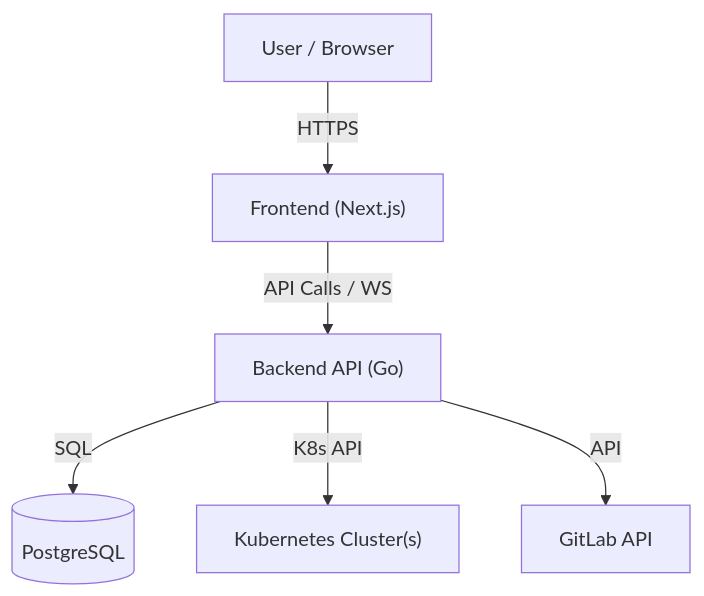
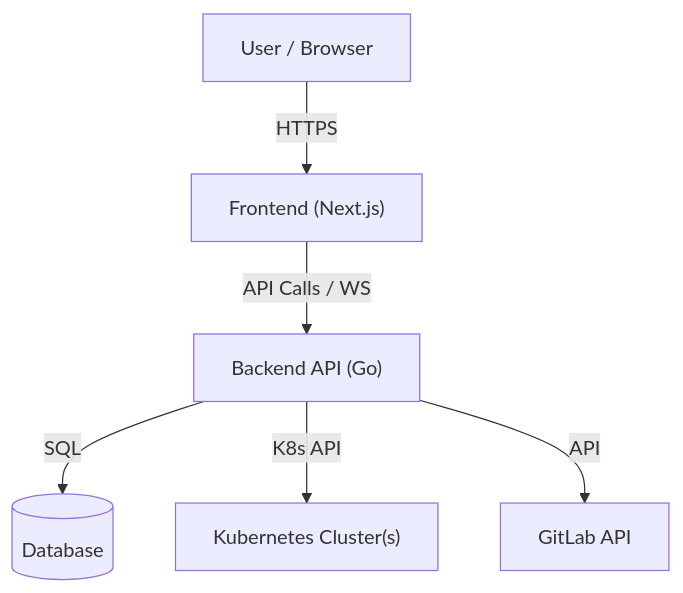
One commit to pixelvide/cloud-sentinel-k8s changed the diagram in ARCHITECTURE.md. Above: the diagram before and after it, drawn with Mermaid. The commit also changed other lines of this file and 25 other files, not shown here.

````diff
--- a/ARCHITECTURE.md
+++ b/ARCHITECTURE.md
@@ -13,8 +13,8 @@
 ```mermaid
 graph TD
     User["User / Browser"] -->|HTTPS| Frontend["Frontend (Next.js)"]
     Frontend -->|API Calls / WS| Backend["Backend API (Go)"]
-    Backend -->|SQL| DB[(PostgreSQL)]
+    Backend -->|SQL| DB[(Database)]
     Backend -->|K8s API| K8s["Kubernetes Cluster(s)"]
     Backend -->|API| GitLab[GitLab API]
 ```
````
